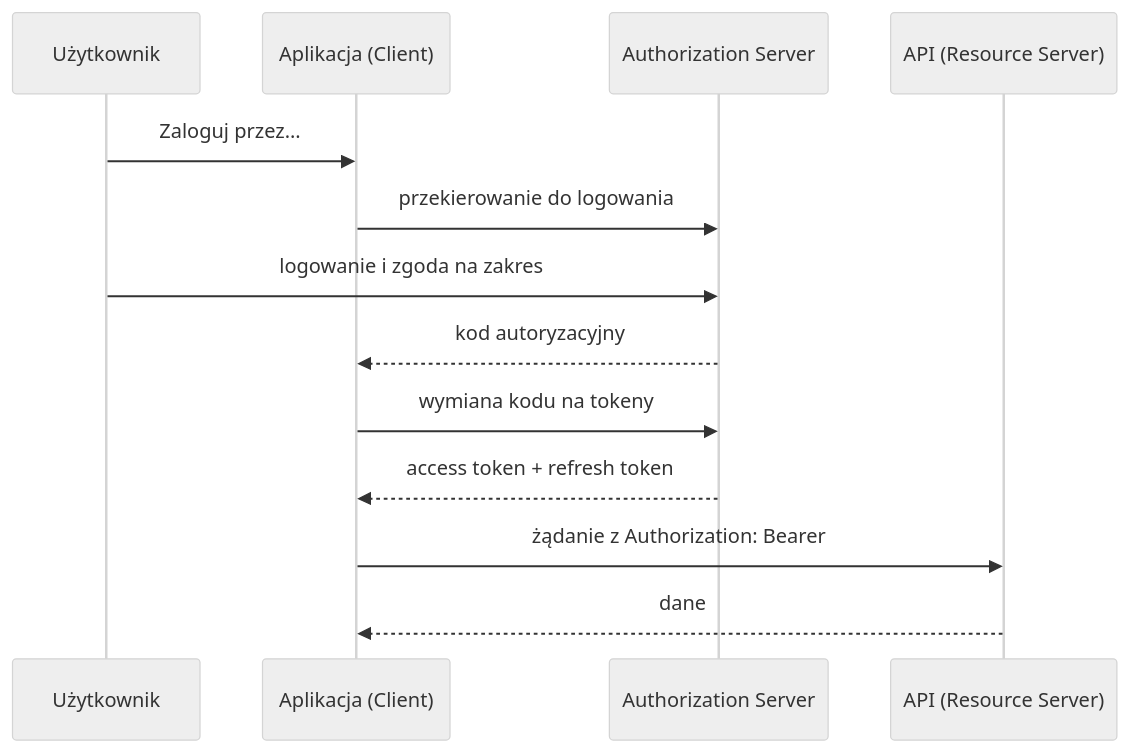
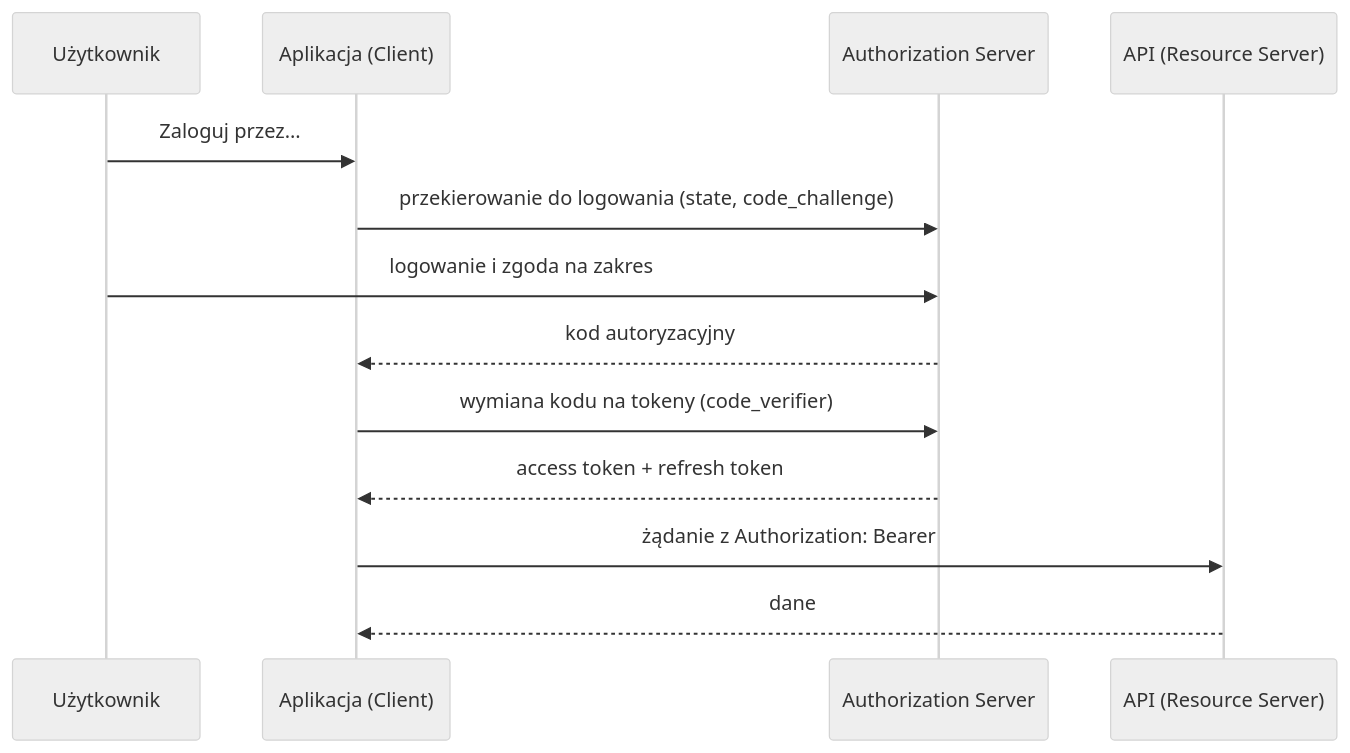
The diagram in docs/technologies/api_testing/authentication.md (Finito21/Quality_Assurance), drawn with Mermaid (neutral theme) before and after one commit. The commit also changed other lines of this file and 93 other files, not shown here.

````diff
--- a/docs/technologies/api_testing/authentication.md
+++ b/docs/technologies/api_testing/authentication.md
@@ -62,17 +62,17 @@
 ```mermaid
 sequenceDiagram
     accTitle: OAuth 2.0
     accDescr: Użytkownik loguje się na serwerze autoryzacji, aplikacja dostaje kod i wymienia go na tokeny, a potem wywołuje API z tokenem w nagłówku Authorization.
     participant U as Użytkownik
     participant C as Aplikacja (Client)
     participant AS as Authorization Server
     participant RS as API (Resource Server)
     U->>C: Zaloguj przez...
-    C->>AS: przekierowanie do logowania
+    C->>AS: przekierowanie do logowania (state, code_challenge)
     U->>AS: logowanie i zgoda na zakres
     AS-->>C: kod autoryzacyjny
-    C->>AS: wymiana kodu na tokeny
+    C->>AS: wymiana kodu na tokeny (code_verifier)
     AS-->>C: access token + refresh token
     C->>RS: żądanie z Authorization: Bearer
     RS-->>C: dane
 ```
````
